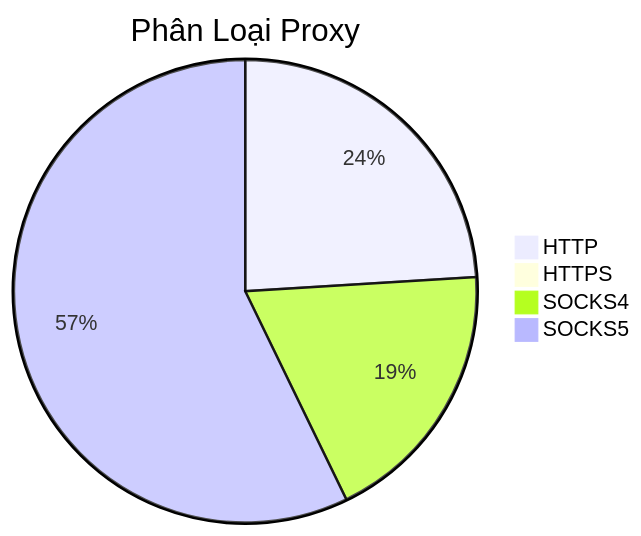
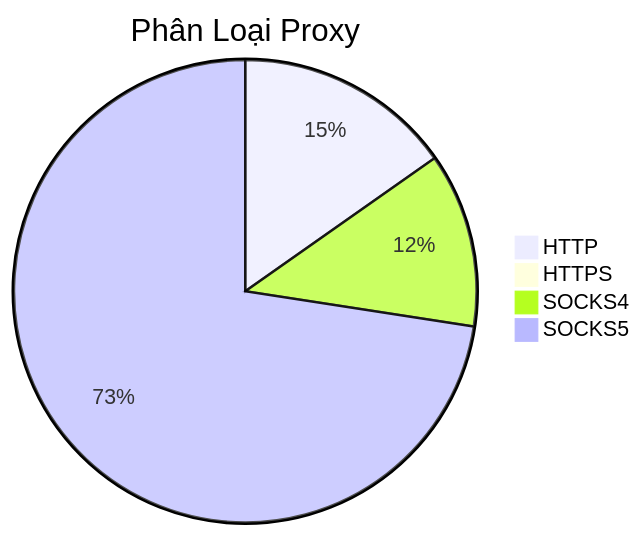
Before and after one commit to Ciara-Aa/PROXY-free: the diagram in README.md, drawn with Mermaid. The commit also changed other lines of this file and 4 other files, not shown here.

````diff
--- a/README.md
+++ b/README.md
@@ -26,7 +26,7 @@
 ```mermaid
 pie title Phân Loại Proxy
-    "HTTP" : 399
-    "HTTPS" : 2
-    "SOCKS4" : 312
-    "SOCKS5" : 950
+    "HTTP" : 314
+    "HTTPS" : 1
+    "SOCKS4" : 251
+    "SOCKS5" : 1494
 ```
````
